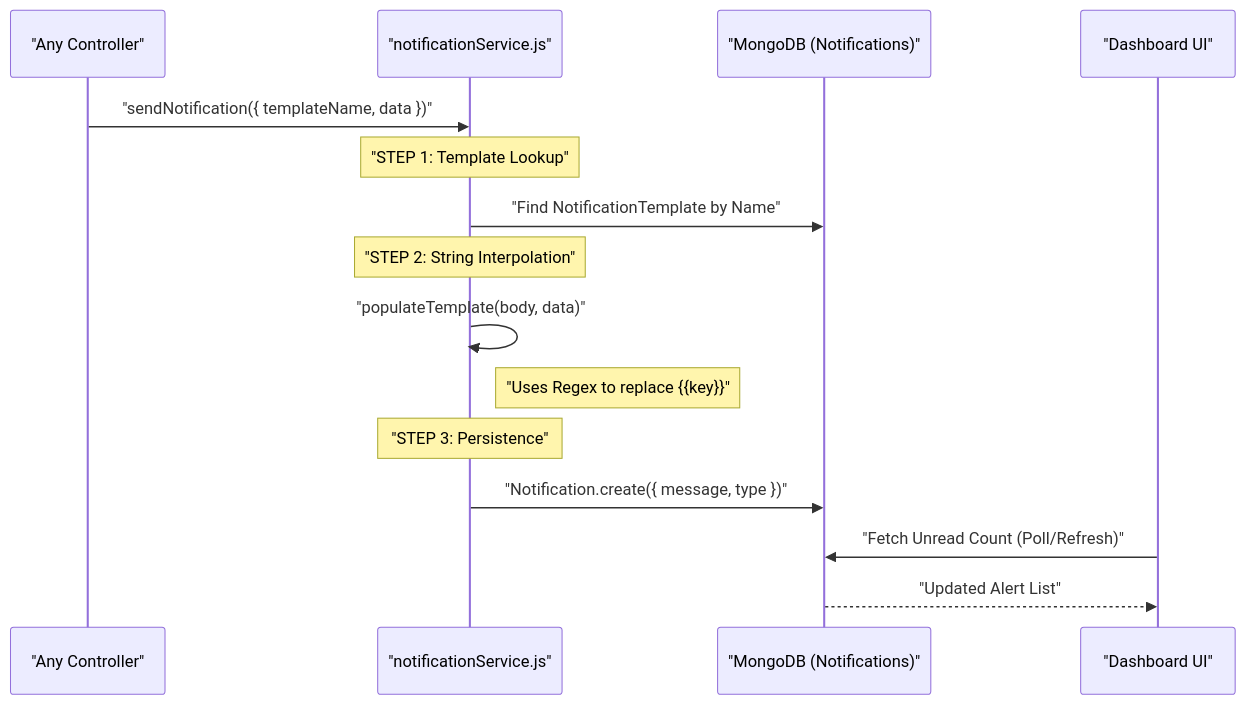
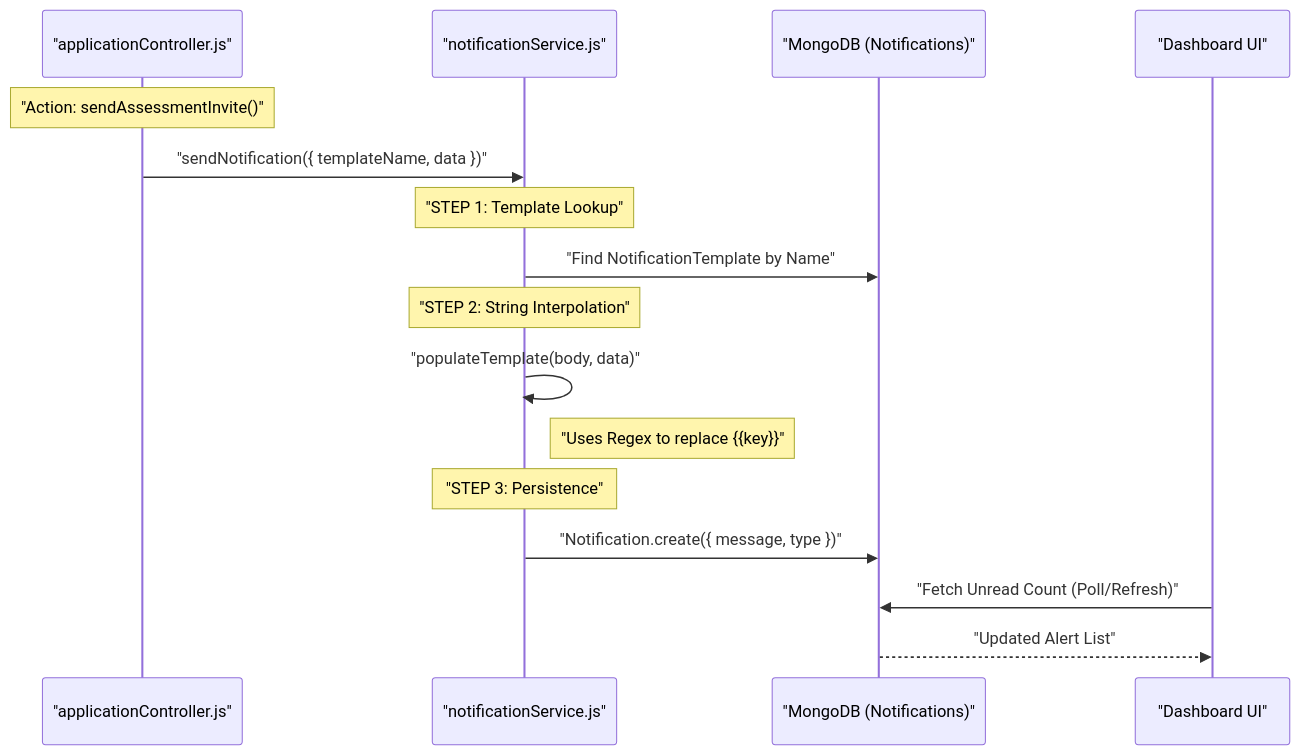
One commit to sba-0406/JodsScreening changed the first of 6 diagrams in docs/system_flows.md. Above: the diagram before and after it, drawn with Mermaid. The commit also changed other lines of this file and 22 other files, not shown here.

````diff
--- a/docs/system_flows.md
+++ b/docs/system_flows.md
@@ -11,22 +11,23 @@
 ```mermaid
 sequenceDiagram
-    participant App as "Any Controller"
+    participant App as "applicationController.js"
     participant NS as "notificationService.js"
     participant DB as "MongoDB (Notifications)"
     participant FE as "Dashboard UI"
 
+    Note over App: "Action: sendAssessmentInvite()"
     App->>NS: "sendNotification({ templateName, data })"
     
     Note over NS: "STEP 1: Template Lookup"
     NS->>DB: "Find NotificationTemplate by Name"
     
     Note over NS: "STEP 2: String Interpolation"
     NS->>NS: "populateTemplate(body, data)"
     Note right of NS: "Uses Regex to replace {{key}}"
 
     Note over NS: "STEP 3: Persistence"
     NS->>DB: "Notification.create({ message, type })"
     
     FE->>DB: "Fetch Unread Count (Poll/Refresh)"
     DB-->>FE: "Updated Alert List"
 ```
````
